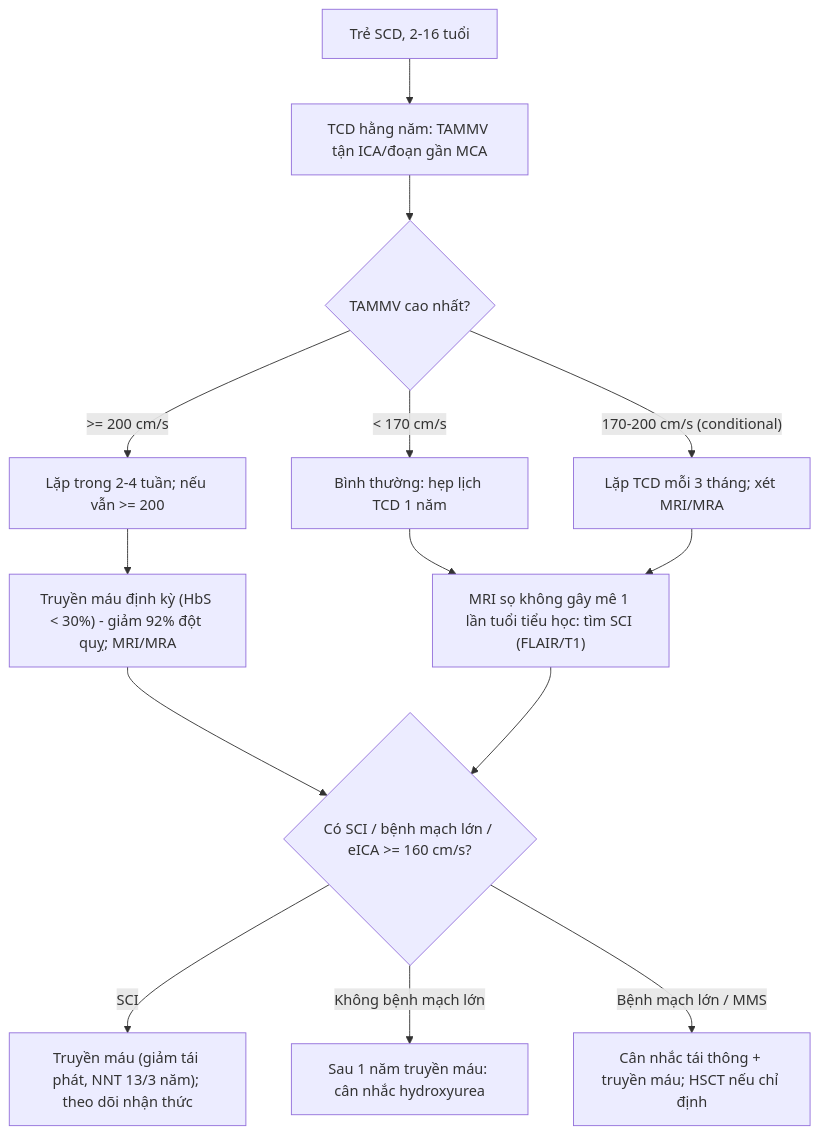
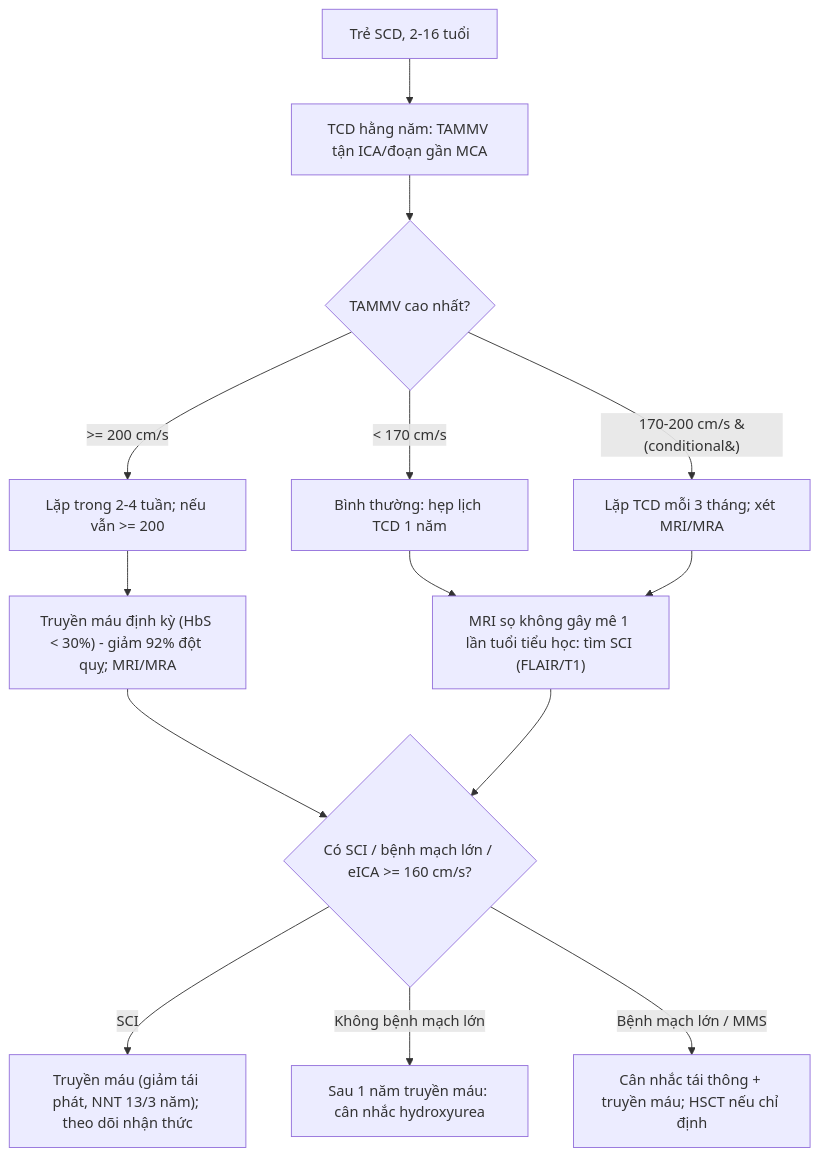
One commit to drthe92/rad changed the diagram in 661-dot-quy-hong-cau-hinh-liem-o-tre/lesson.md. Above: the diagram before and after it, drawn with Mermaid. The commit also changed 32 other files, not shown here.

Commit message:
Sua loi Mermaid 10.9.1 cho 31 bai (\\n-><br/>, quote label, ngoac edge label->entity, ngoac dong sai); them tools/fix_mermaid.py + gan vao quy trinh

````diff
--- a/661-dot-quy-hong-cau-hinh-liem-o-tre/lesson.md
+++ b/661-dot-quy-hong-cau-hinh-liem-o-tre/lesson.md
@@ -89,16 +89,16 @@
 ```mermaid
 flowchart TD
   A["Trẻ SCD, 2-16 tuổi"] --> B["TCD hằng năm: TAMMV tận ICA/đoạn gần MCA"]
   B --> C{"TAMMV cao nhất?"}
   C -->|"< 170 cm/s"| D["Bình thường: hẹp lịch TCD 1 năm"]
-  C -->|"170-200 cm/s (conditional)"| E["Lặp TCD mỗi 3 tháng; xét MRI/MRA"]
+  C -->|"170-200 cm/s &#40;conditional&#41;"| E["Lặp TCD mỗi 3 tháng; xét MRI/MRA"]
   C -->|">= 200 cm/s"| F["Lặp trong 2-4 tuần; nếu vẫn >= 200"]
   F --> G["Truyền máu định kỳ (HbS < 30%) - giảm 92% đột quỵ; MRI/MRA"]
   D --> H["MRI sọ không gây mê 1 lần tuổi tiểu học: tìm SCI (FLAIR/T1)"]
   E --> H
   G --> I{"Có SCI / bệnh mạch lớn / eICA >= 160 cm/s?"}
   H --> I
   I -->|"SCI"| J["Truyền máu (giảm tái phát, NNT 13/3 năm); theo dõi nhận thức"]
   I -->|"Không bệnh mạch lớn"| K["Sau 1 năm truyền máu: cân nhắc hydroxyurea"]
   I -->|"Bệnh mạch lớn / MMS"| L["Cân nhắc tái thông + truyền máu; HSCT nếu chỉ định"]
 ```
````
